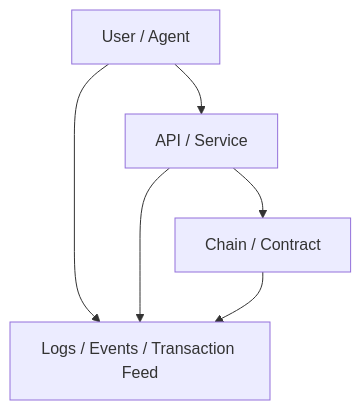
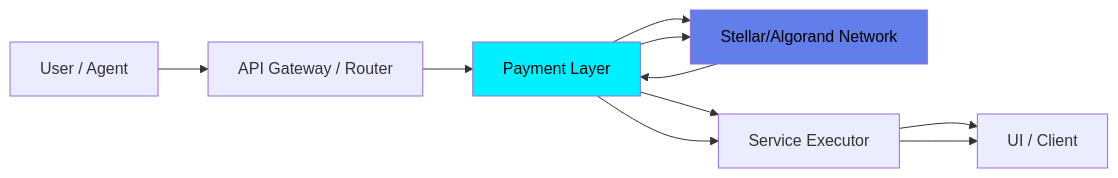
Before and after one commit to lucylow/Requestly-Brainwave-2026-X402-Blockchain-Track: the fourth of 4 diagrams in README.md, drawn with Mermaid. The commit also changed other lines of this file, not shown here.

````diff
--- a/README.md
+++ b/README.md
@@ -418,9 +313,16 @@
 ```mermaid
-flowchart TB
-    U[User / Agent] --> A[API / Service]
-    A --> C[Chain / Contract]
+flowchart LR
+    U[User / Agent] --> G[API Gateway / Router]
+    G --> P[Payment Layer]
+    P --> S[Stellar/Algorand Network]
+    P --> X[Service Executor]
+    X --> C[UI / Client]
 
-    U --> L[Logs / Events / Transaction Feed]
-    A --> L
-    C --> L
+    P --> S
+    S --> P
+    P --> X
+    X --> C
+
+    style P fill:#00F0FF,color:#000
+    style S fill:#627EEA,color:#000
 ```
````
